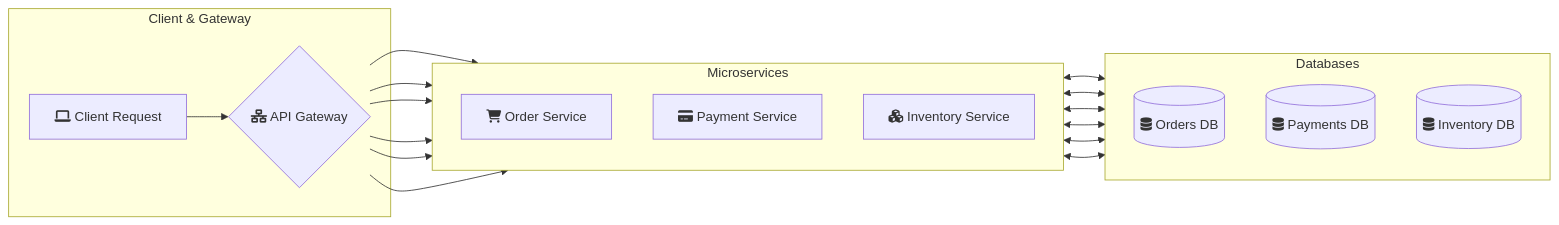
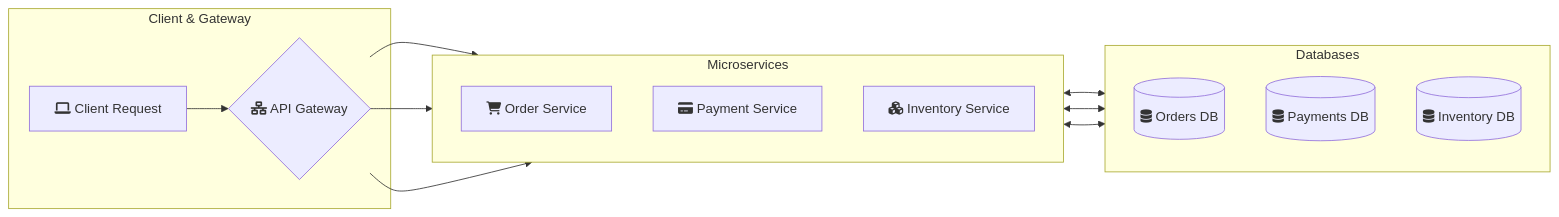
One commit to apirusov/OneYearChallenge_projects changed the first of 3 diagrams in WIKI/Microservices/Basic_concepts.MD. Above: the diagram before and after it, drawn with Mermaid.

Commit message:
Wiki work

````diff
--- a/WIKI/Microservices/Basic_concepts.MD
+++ b/WIKI/Microservices/Basic_concepts.MD
@@ -3,40 +3,30 @@
 ```mermaid
 graph LR
     subgraph ClientLayer [Client & Gateway]
         Client[fa:fa-laptop Client Request] --> apiGateway{fa:fa-network-wired API Gateway}
     end
 
     subgraph Services [Microservices]
         direction TD
         orderSvc[fa:fa-cart-shopping Order Service]
         paymentSvc[fa:fa-credit-card Payment Service]
         inventorySvc[fa:fa-cubes Inventory Service]
     end
 
     subgraph Databases [Databases]
         direction TD
         ordersDB[(fa:fa-database Orders DB)]
         paymentsDB[(fa:fa-database Payments DB)]
         inventoryDB[(fa:fa-database Inventory DB)]
     end
 
     %% Connections from Gateway to Services
     apiGateway --> orderSvc
     apiGateway --> paymentSvc
     apiGateway --> inventorySvc
 
     %% Service-to-Database mapping
     orderSvc <--> ordersDB
     paymentSvc <--> paymentsDB
     inventorySvc <--> inventoryDB
-
-    %% Connections from Gateway to Services
-    apiGateway --> orderSvc
-    apiGateway --> paymentSvc
-    apiGateway --> inventorySvc
-
-    %% Service-to-Database mapping
-    orderSvc <--> ordersDB
-    paymentSvc <--> paymentsDB
-    inventorySvc <--> inventoryDB
 ```
````
